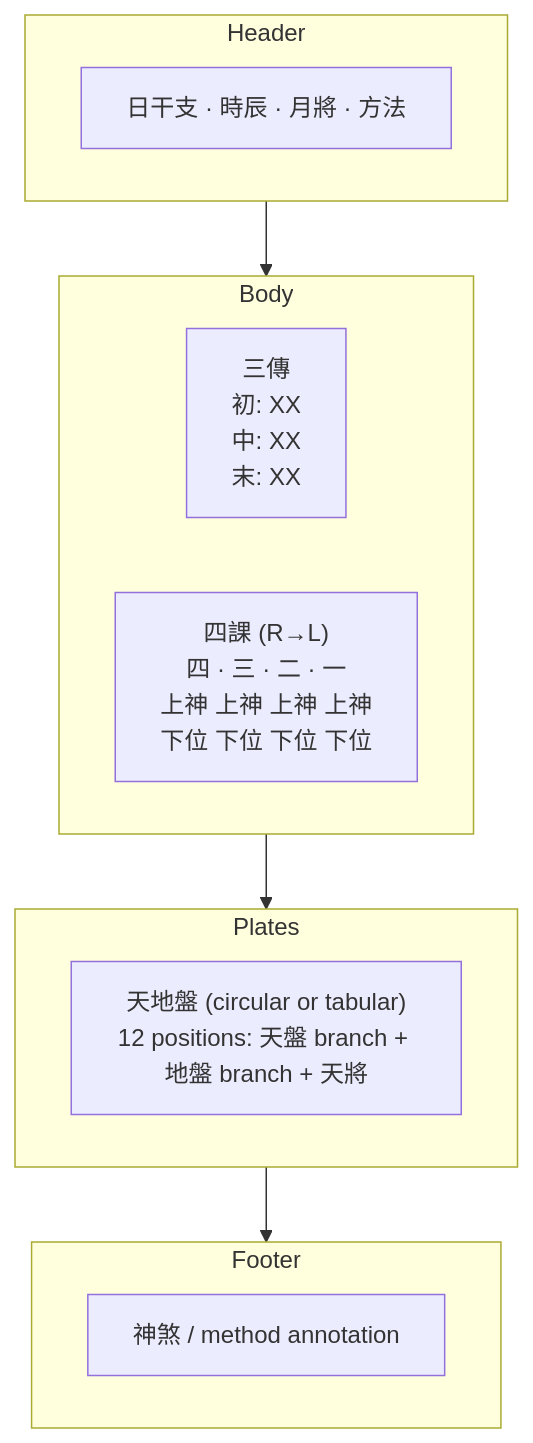
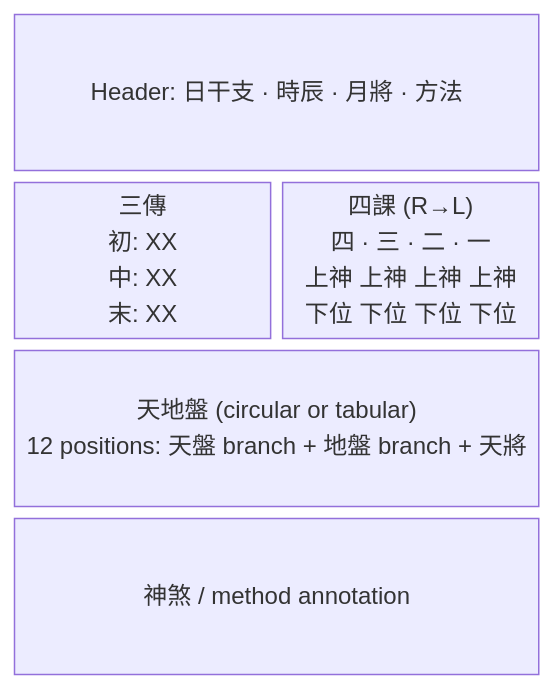
Before and after one commit to h4x0r/stembranch: the fourth of 5 diagrams in docs/research/2026-03-02-divination-chart-display.md, drawn with Mermaid. The commit also changed other lines of this file and 4 other files, not shown here.

First line of the commit message:
docs: fix Mermaid diagram types and resolve orphaned footnotes

````diff
--- a/docs/research/2026-03-02-divination-chart-display.md
+++ b/docs/research/2026-03-02-divination-chart-display.md
@@ -234,18 +236,8 @@
 ```mermaid
-graph TD
-  subgraph Header
-    H["日干支 · 時辰 · 月將 · 方法"]
-  end
-  subgraph Body
-    direction LR
-    T["三傳<br/>初: XX<br/>中: XX<br/>末: XX"]
-    L["四課 (R→L)<br/>四 · 三 · 二 · 一<br/>上神 上神 上神 上神<br/>下位 下位 下位 下位"]
-  end
-  subgraph Plates
-    P["天地盤 (circular or tabular)<br/>12 positions: 天盤 branch + 地盤 branch + 天將"]
-  end
-  subgraph Footer
-    F["神煞 / method annotation"]
-  end
-  Header --> Body --> Plates --> Footer
+block-beta
+  columns 2
+  header["Header: 日干支 · 時辰 · 月將 · 方法"]:2
+  sanchuan["三傳<br/>初: XX<br/>中: XX<br/>末: XX"] sike["四課 (R→L)<br/>四 · 三 · 二 · 一<br/>上神 上神 上神 上神<br/>下位 下位 下位 下位"]
+  plates["天地盤 (circular or tabular)<br/>12 positions: 天盤 branch + 地盤 branch + 天將"]:2
+  footer["神煞 / method annotation"]:2
 ```
````
